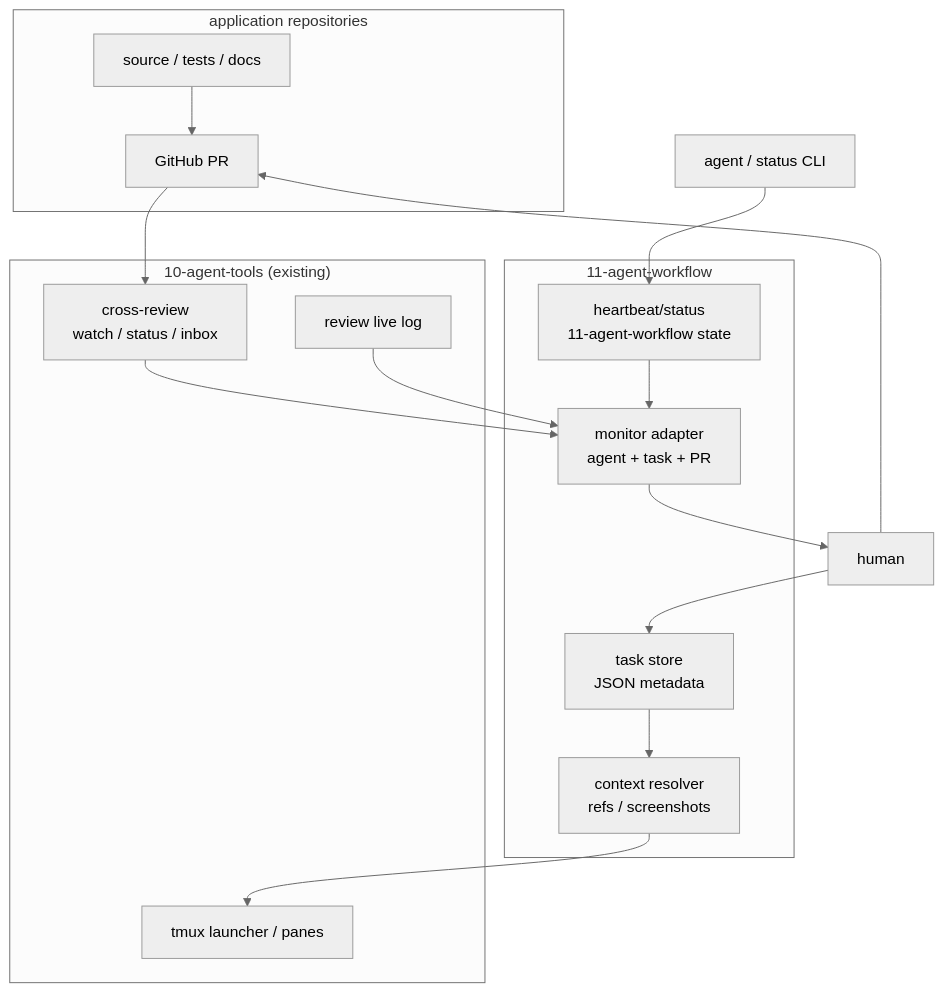
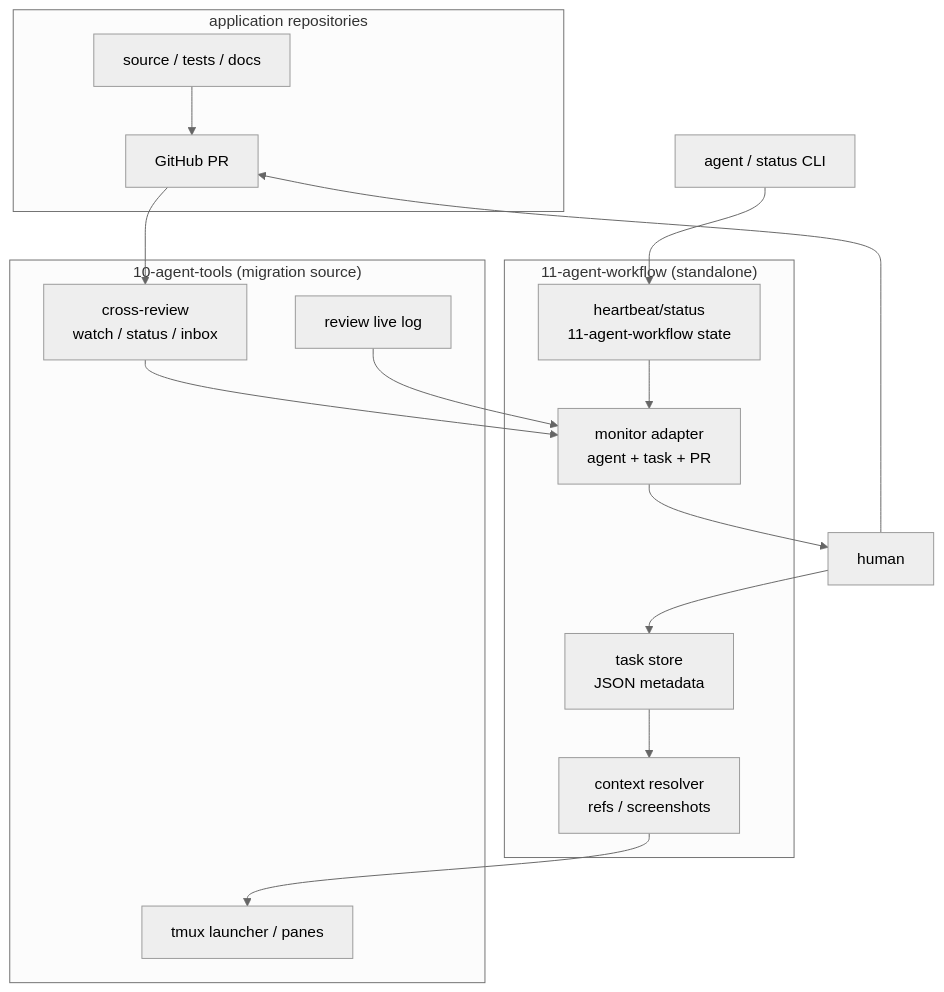
Before and after one commit to aidabo/agent-workflow: the first of 2 diagrams in docs/architecture.md, drawn with Mermaid (neutral theme). The commit also changed other lines of this file and 4 other files, not shown here.

First line of the commit message:
Plan standalone migration from 10-agent-tools

````diff
--- a/docs/architecture.md
+++ b/docs/architecture.md
@@ -5,31 +5,31 @@
 ```mermaid
 flowchart TB
   subgraph APP["application repositories"]
     CODE["source / tests / docs"]
     PR["GitHub PR"]
   end
-  subgraph AW["11-agent-workflow"]
+  subgraph AW["11-agent-workflow (standalone)"]
     TASK["task store\nJSON metadata"]
     CTX["context resolver\nrefs / screenshots"]
     HS["heartbeat/status\n11-agent-workflow state"]
     MON["monitor adapter\nagent + task + PR"]
   end
-  subgraph TOOLS["10-agent-tools (existing)"]
+  subgraph TOOLS["10-agent-tools (migration source)"]
     TMUX["tmux launcher / panes"]
     CR["cross-review\nwatch / status / inbox"]
     LIVE["review live log"]
   end
   H["human"]
 
   H --> TASK
   TASK --> CTX
   CTX --> TMUX
   A["agent / status CLI"] --> HS
   HS --> MON
   CR --> MON
   LIVE --> MON
   CODE --> PR
   PR --> CR
   MON --> H
   H --> PR
 ```
````
